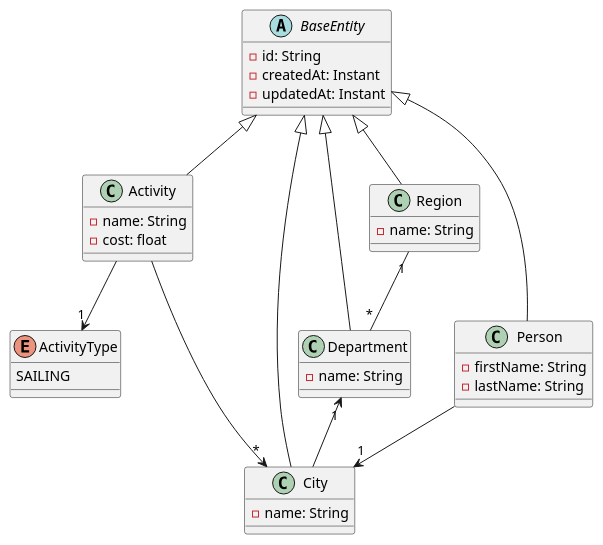
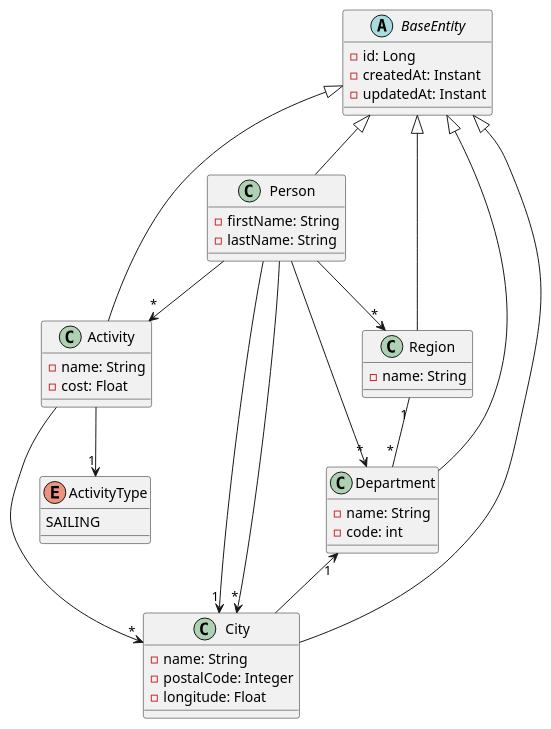
The diagram in TAA/TP2/spec/model.puml (malahx/ISTIC), drawn with PlantUML before and after one commit. The commit also changed 5 other files, not shown here.

```diff
--- a/TAA/TP2/spec/model.puml
+++ b/TAA/TP2/spec/model.puml
@@ -1,39 +1,46 @@
 @startuml
 
 class Activity {
     -name: String
-    -cost: float
+    -cost: Float
 }
 enum ActivityType {
     SAILING
 }
 abstract class BaseEntity {
-    -id: String
+    -id: Long
     -createdAt: Instant
     -updatedAt: Instant
 }
 class City {
     -name: String
+    -postalCode: Integer
+    -longitude: Float
 }
 class Department {
     -name: String
+    -code: int
 }
 class Person {
     -firstName: String
     -lastName: String
 }
 class Region {
     -name: String
 }
 
 BaseEntity <|-- Activity
 BaseEntity <|-- City
 BaseEntity <|-- Department
 BaseEntity <|-- Person
 BaseEntity <|-- Region
 Activity --> "*" City
 Activity --> "1" ActivityType
 Person --> "1" City
+Person --> "*" City
+Person --> "*" Department
+Person --> "*" Region
 Department "1" <-- City
 Region "1" -- "*" Department
+Person --> "*" Activity
 @enduml
```
